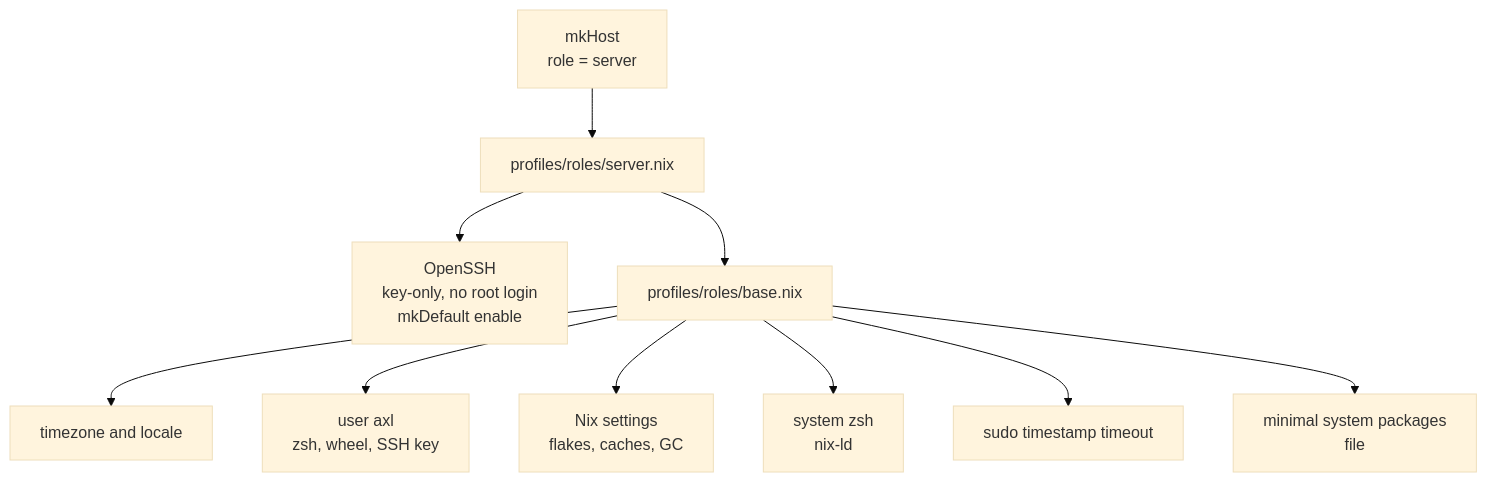
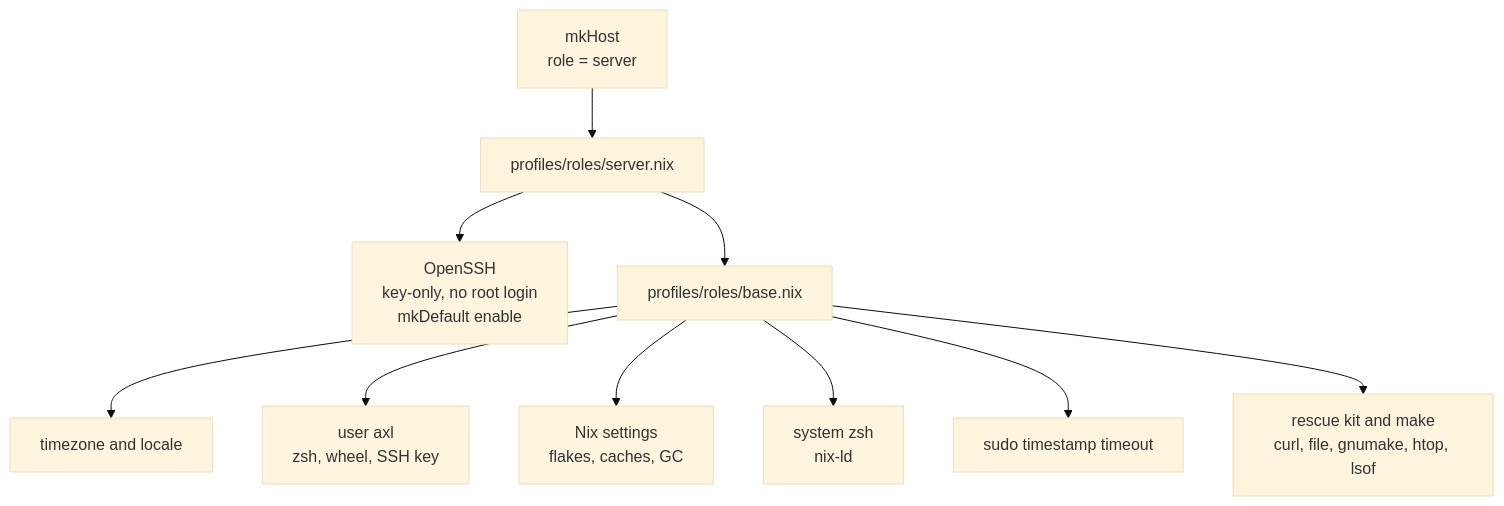
The fifth of 8 diagrams in docs/server-configuration-route.md (axler8r/nixotic), drawn with Mermaid (base theme) before and after one commit. The commit also changed other lines of this file and 3 other files, not shown here.

````diff
--- a/docs/server-configuration-route.md
+++ b/docs/server-configuration-route.md
@@ -237,24 +237,24 @@
 ```mermaid
 flowchart TD
     MkHost["mkHost\nrole = server"]
     Server["profiles/roles/server.nix"]
     SSH["OpenSSH\nkey-only, no root login\nmkDefault enable"]
     Base["profiles/roles/base.nix"]
 
     Locale["timezone and locale"]
     User["user axl\nzsh, wheel, SSH key"]
     Nix["Nix settings\nflakes, caches, GC"]
     Shell["system zsh\nnix-ld"]
     Sudo["sudo timestamp timeout"]
-    Packages["minimal system packages\nfile"]
+    Packages["rescue kit and make\ncurl, file, gnumake, htop, lsof"]
 
     MkHost --> Server
     Server --> SSH
     Server --> Base
     Base --> Locale
     Base --> User
     Base --> Nix
     Base --> Shell
     Base --> Sudo
     Base --> Packages
 ```
````
